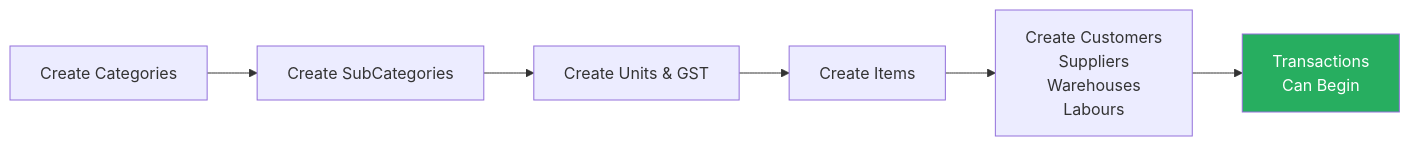
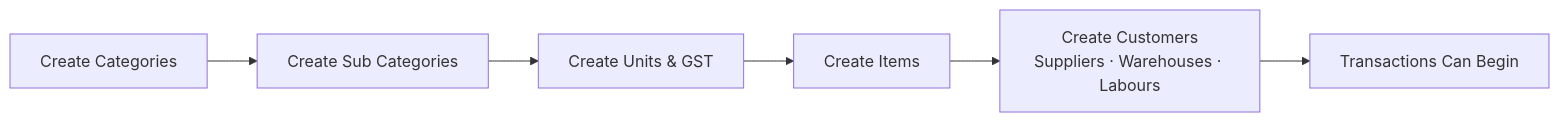
Before and after one commit to NupunSawant/Dashboard: diagram 11 of 18 in README.md, drawn with Mermaid. The commit also changed other lines of this file, not shown here.

````diff
--- a/README.md
+++ b/README.md
@@ -388,10 +430,8 @@
 ```mermaid
 flowchart LR
-    A[Create Categories] --> B[Create SubCategories]
+    A[Create Categories] --> B[Create Sub Categories]
     B --> C[Create Units & GST]
     C --> D[Create Items]
-    D --> E[Create Customers\nSuppliers\nWarehouses\nLabours]
-    E --> F[Transactions\nCan Begin]
-
-    style F fill:#27AE60,color:#fff
+    D --> E["Create Customers\nSuppliers · Warehouses · Labours"]
+    E --> F[Transactions Can Begin]
 ```
````
